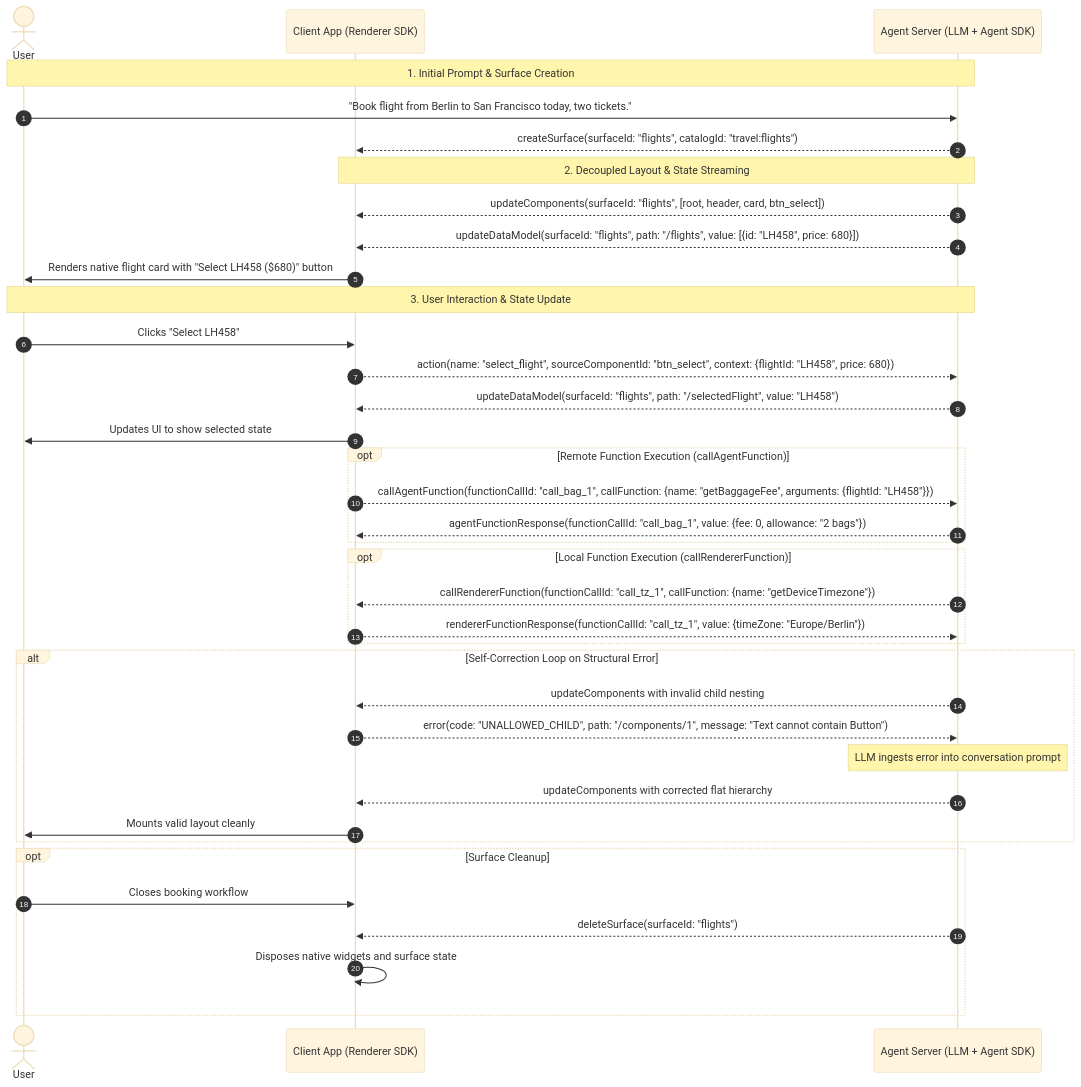
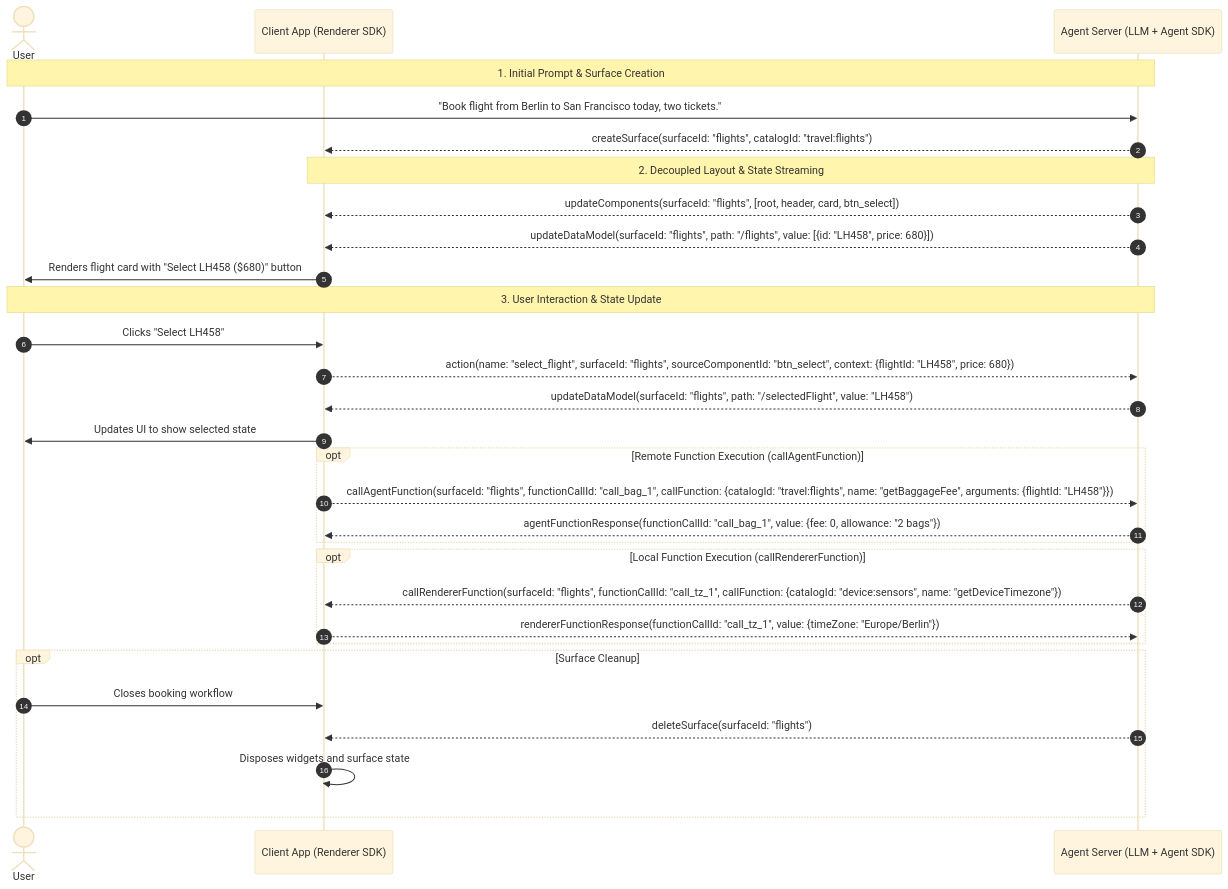
Before and after one commit to a2ui-project/a2ui: the diagram in docs/site/src/content/docs/concepts/messages.mdx, drawn with Mermaid (base theme). The commit also changed other lines of this file, not shown here.

````diff
--- a/docs/site/src/content/docs/concepts/messages.mdx
+++ b/docs/site/src/content/docs/concepts/messages.mdx
@@ -743,46 +533,38 @@
 ```mermaid
 sequenceDiagram
     autonumber
     actor User
     participant Renderer as Client App (Renderer SDK)
     participant Agent as Agent Server (LLM + Agent SDK)
 
     Note over User,Agent: 1. Initial Prompt & Surface Creation
     User->>Agent: "Book flight from Berlin to San Francisco today, two tickets."
     Agent-->>Renderer: createSurface(surfaceId: "flights", catalogId: "travel:flights")
 
     Note over Renderer,Agent: 2. Decoupled Layout & State Streaming
     Agent-->>Renderer: updateComponents(surfaceId: "flights", [root, header, card, btn_select])
     Agent-->>Renderer: updateDataModel(surfaceId: "flights", path: "/flights", value: [{id: "LH458", price: 680}])
-    Renderer->>User: Renders native flight card with "Select LH458 ($680)" button
+    Renderer->>User: Renders flight card with "Select LH458 ($680)" button
 
     Note over User,Agent: 3. User Interaction & State Update
     User->>Renderer: Clicks "Select LH458"
-    Renderer-->>Agent: action(name: "select_flight", sourceComponentId: "btn_select", context: {flightId: "LH458", price: 680})
+    Renderer-->>Agent: action(name: "select_flight", surfaceId: "flights", sourceComponentId: "btn_select", context: {flightId: "LH458", price: 680})
     Agent-->>Renderer: updateDataModel(surfaceId: "flights", path: "/selectedFlight", value: "LH458")
     Renderer->>User: Updates UI to show selected state
 
     opt Remote Function Execution (callAgentFunction)
-        Renderer-->>Agent: callAgentFunction(functionCallId: "call_bag_1", callFunction: {name: "getBaggageFee", arguments: {flightId: "LH458"}})
+        Renderer-->>Agent: callAgentFunction(surfaceId: "flights", functionCallId: "call_bag_1", callFunction: {catalogId: "travel:flights", name: "getBaggageFee", arguments: {flightId: "LH458"}})
         Agent-->>Renderer: agentFunctionResponse(functionCallId: "call_bag_1", value: {fee: 0, allowance: "2 bags"})
     end
 
     opt Local Function Execution (callRendererFunction)
-        Agent-->>Renderer: callRendererFunction(functionCallId: "call_tz_1", callFunction: {name: "getDeviceTimezone"})
+        Agent-->>Renderer: callRendererFunction(surfaceId: "flights", functionCallId: "call_tz_1", callFunction: {catalogId: "device:sensors", name: "getDeviceTimezone"})
         Renderer-->>Agent: rendererFunctionResponse(functionCallId: "call_tz_1", value: {timeZone: "Europe/Berlin"})
-    end
-
-    alt Self-Correction Loop on Structural Error
-        Agent-->>Renderer: updateComponents with invalid child nesting
-        Renderer-->>Agent: error(code: "UNALLOWED_CHILD", path: "/components/1", message: "Text cannot contain Button")
-        Note over Agent: LLM ingests error into conversation prompt
-        Agent-->>Renderer: updateComponents with corrected flat hierarchy
-        Renderer->>User: Mounts valid layout cleanly
     end
 
     opt Surface Cleanup
         User->>Renderer: Closes booking workflow
         Agent-->>Renderer: deleteSurface(surfaceId: "flights")
-        Renderer->>Renderer: Disposes native widgets and surface state
+        Renderer->>Renderer: Disposes widgets and surface state
     end
 ```
````
